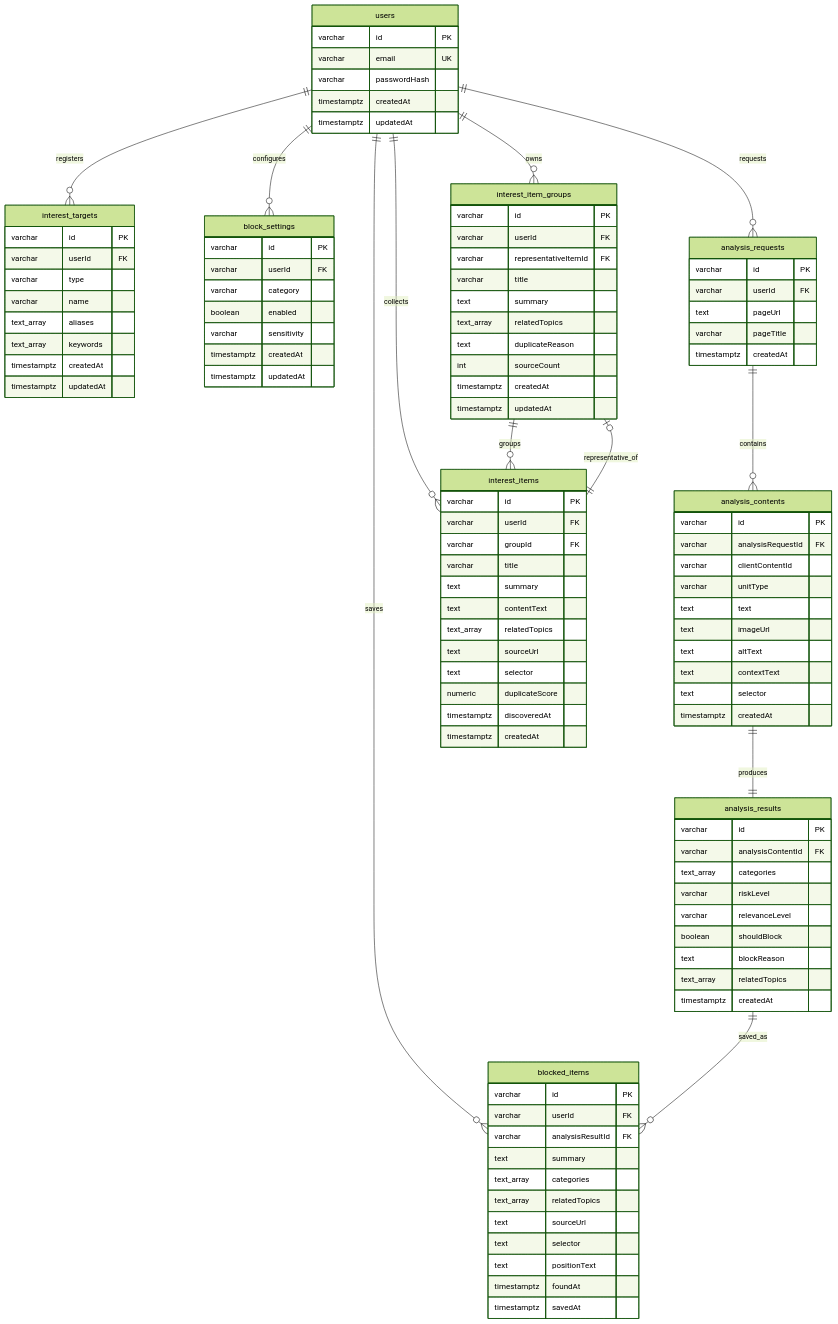
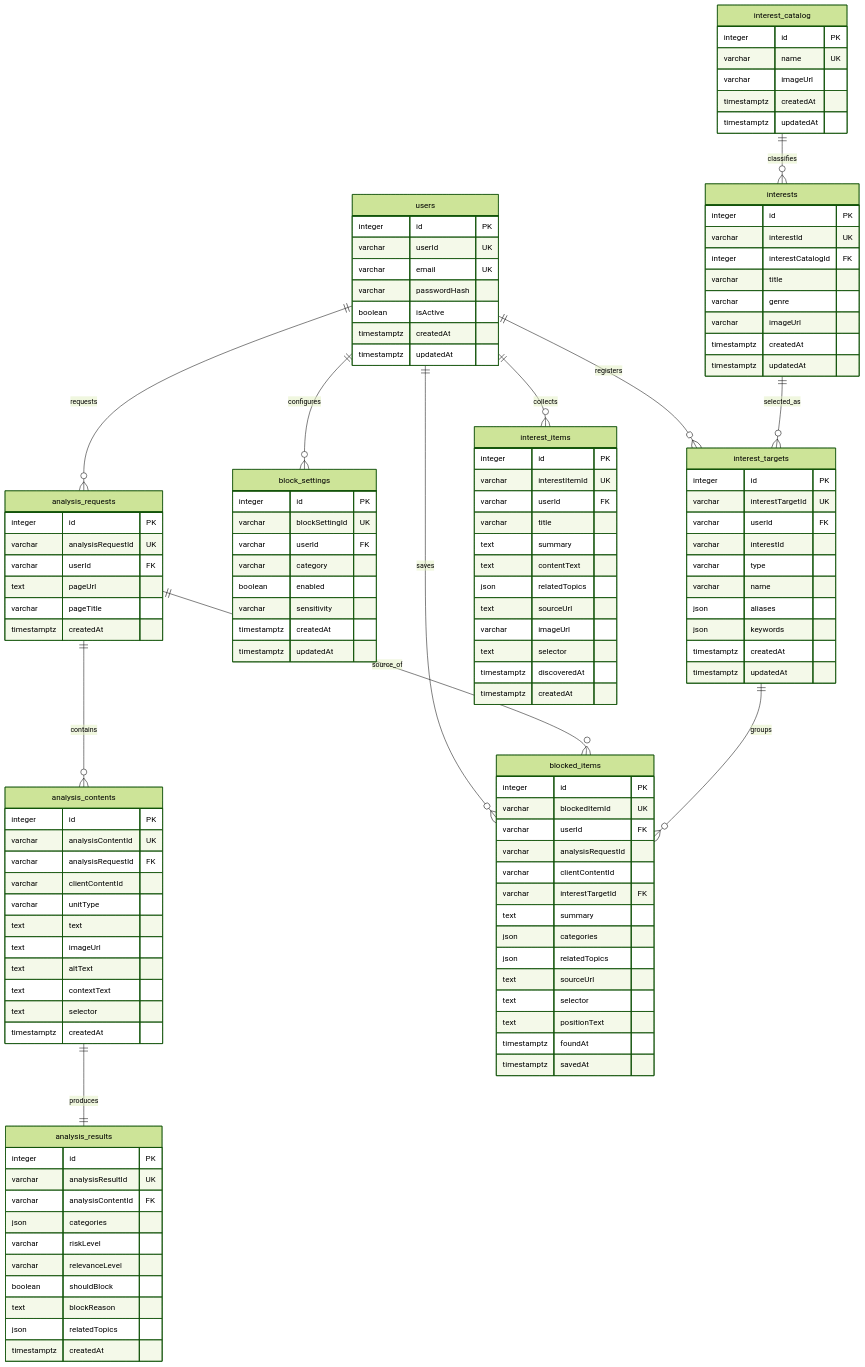
Before and after one commit to blankerrrrr/blanker_BE: the diagram in docs/erd.md, drawn with Mermaid (forest theme). The commit also changed 4 other files, not shown here.

````diff
--- a/docs/erd.md
+++ b/docs/erd.md
@@ -3,26 +3,50 @@
 ```mermaid
 erDiagram
     users {
-        varchar id PK
+        integer id PK
+        varchar userId UK
         varchar email UK
         varchar passwordHash
+        boolean isActive
+        timestamptz createdAt
+        timestamptz updatedAt
+    }
+
+    interest_catalog {
+        integer id PK
+        varchar name UK
+        varchar imageUrl
+        timestamptz createdAt
+        timestamptz updatedAt
+    }
+
+    interests {
+        integer id PK
+        varchar interestId UK
+        integer interestCatalogId FK
+        varchar title
+        varchar genre
+        varchar imageUrl
         timestamptz createdAt
         timestamptz updatedAt
     }
 
     interest_targets {
-        varchar id PK
+        integer id PK
+        varchar interestTargetId UK
         varchar userId FK
+        varchar interestId
         varchar type
         varchar name
-        text_array aliases
-        text_array keywords
+        json aliases
+        json keywords
         timestamptz createdAt
         timestamptz updatedAt
     }
 
     block_settings {
-        varchar id PK
+        integer id PK
+        varchar blockSettingId UK
         varchar userId FK
         varchar category
         boolean enabled
@@ -32,7 +56,8 @@
     }
 
     analysis_requests {
-        varchar id PK
+        integer id PK
+        varchar analysisRequestId UK
         varchar userId FK
         text pageUrl
         varchar pageTitle
@@ -40,7 +65,8 @@
     }
 
     analysis_contents {
-        varchar id PK
+        integer id PK
+        varchar analysisContentId UK
         varchar analysisRequestId FK
         varchar clientContentId
         varchar unitType
@@ -53,24 +79,28 @@
     }
 
     analysis_results {
-        varchar id PK
+        integer id PK
+        varchar analysisResultId UK
         varchar analysisContentId FK
-        text_array categories
+        json categories
         varchar riskLevel
         varchar relevanceLevel
         boolean shouldBlock
         text blockReason
-        text_array relatedTopics
+        json relatedTopics
         timestamptz createdAt
     }
 
     blocked_items {
-        varchar id PK
+        integer id PK
+        varchar blockedItemId UK
         varchar userId FK
-        varchar analysisResultId FK
+        varchar analysisRequestId
+        varchar clientContentId
+        varchar interestTargetId FK
         text summary
-        text_array categories
-        text_array relatedTopics
+        json categories
+        json relatedTopics
         text sourceUrl
         text selector
         text positionText
@@ -78,30 +108,17 @@
         timestamptz savedAt
     }
 
-    interest_item_groups {
-        varchar id PK
+    interest_items {
+        integer id PK
+        varchar interestItemId UK
         varchar userId FK
-        varchar representativeItemId FK
-        varchar title
-        text summary
-        text_array relatedTopics
-        text duplicateReason
-        int sourceCount
-        timestamptz createdAt
-        timestamptz updatedAt
-    }
-
-    interest_items {
-        varchar id PK
-        varchar userId FK
-        varchar groupId FK
         varchar title
         text summary
         text contentText
-        text_array relatedTopics
+        json relatedTopics
         text sourceUrl
+        varchar imageUrl
         text selector
-        numeric duplicateScore
         timestamptz discoveredAt
         timestamptz createdAt
     }
@@ -110,13 +127,13 @@
     users ||--o{ block_settings : configures
     users ||--o{ analysis_requests : requests
     users ||--o{ blocked_items : saves
-    users ||--o{ interest_item_groups : owns
     users ||--o{ interest_items : collects
+
+    interest_catalog ||--o{ interests : classifies
+    interests ||--o{ interest_targets : selected_as
 
     analysis_requests ||--o{ analysis_contents : contains
     analysis_contents ||--|| analysis_results : produces
-    analysis_results ||--o{ blocked_items : saved_as
-
-    interest_item_groups ||--o{ interest_items : groups
-    interest_items ||--o| interest_item_groups : representative_of
+    analysis_requests ||--o{ blocked_items : source_of
+    interest_targets ||--o{ blocked_items : groups
 ```
````
